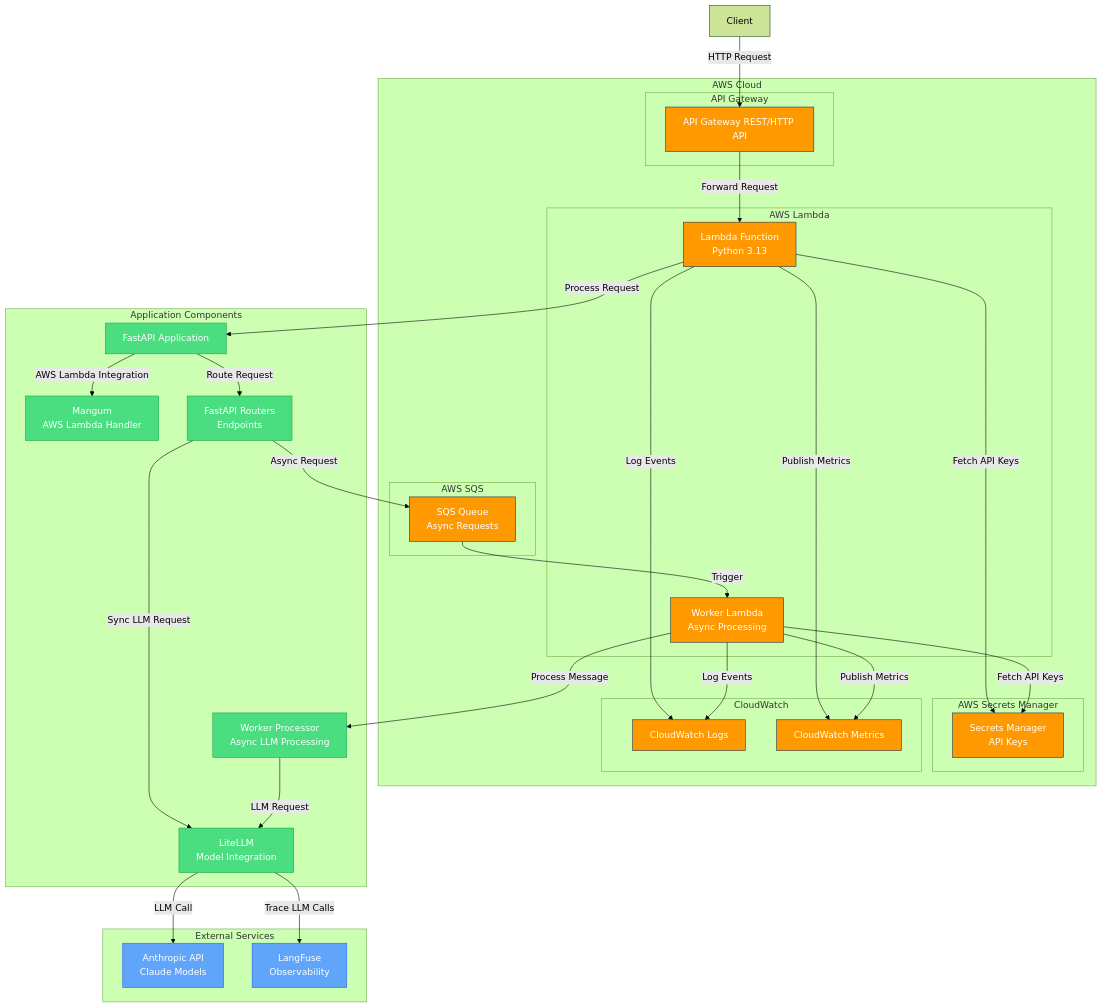
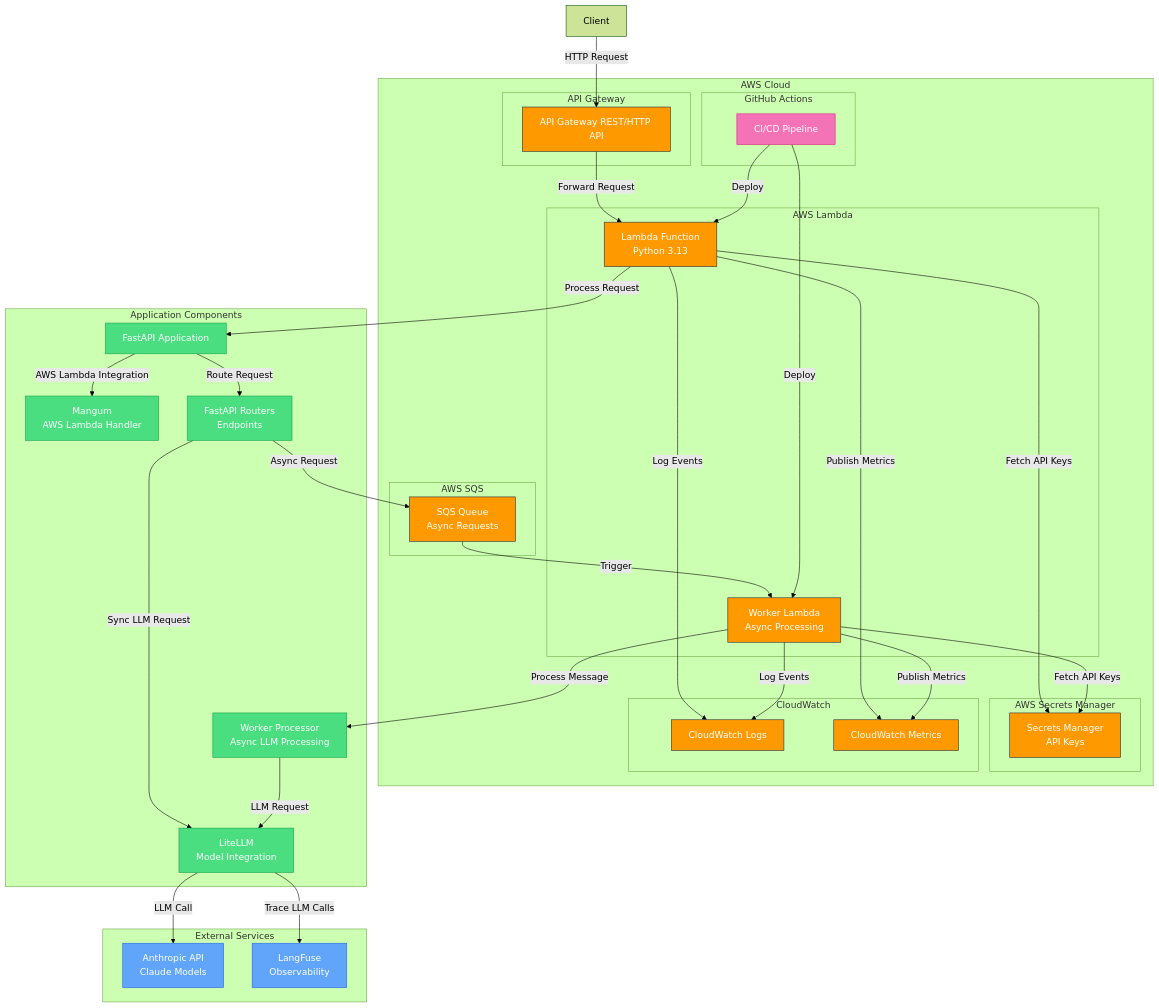
One commit to yorrickjansen/gen-ai-on-aws changed the diagram in README.md. Above: the diagram before and after it, drawn with Mermaid (forest theme).

````diff
--- a/README.md
+++ b/README.md
@@ -21,67 +21,75 @@
 ```mermaid
 graph TB
     subgraph "AWS Cloud"
         subgraph "API Gateway"
             api[API Gateway REST/HTTP API]
         end
         
         subgraph "AWS Lambda"
             lambda[Lambda Function<br>Python 3.13]
             worker[Worker Lambda<br>Async Processing]
         end
         
         subgraph "AWS Secrets Manager"
             secrets[Secrets Manager<br>API Keys]
         end
         
         subgraph "AWS SQS"
             sqs[SQS Queue<br>Async Requests]
         end
         
         subgraph "CloudWatch"
             logs[CloudWatch Logs]
             metrics[CloudWatch Metrics]
+        end
+        
+        subgraph "GitHub Actions"
+            cicd[CI/CD Pipeline]
         end
         
     end
     
     subgraph "External Services"
         anthropic[Anthropic API<br>Claude Models]
         langfuse[LangFuse<br>Observability]
     end
     
     subgraph "Application Components"
         app[FastAPI Application]
         litellm[LiteLLM<br>Model Integration]
         mangum[Mangum<br>AWS Lambda Handler]
         routers[FastAPI Routers<br>Endpoints]
         processor[Worker Processor<br>Async LLM Processing]
     end
     
     client[Client] -->|HTTP Request| api
     api -->|Forward Request| lambda
     lambda -->|Log Events| logs
     lambda -->|Process Request| app
     app -->|Route Request| routers
     routers -->|Sync LLM Request| litellm
     routers -->|Async Request| sqs
     sqs -->|Trigger| worker
     worker -->|Process Message| processor
     processor -->|LLM Request| litellm
     litellm -->|LLM Call| anthropic
     lambda -->|Fetch API Keys| secrets
     worker -->|Fetch API Keys| secrets
     litellm -->|Trace LLM Calls| langfuse
     app -->|AWS Lambda Integration| mangum
     lambda -->|Publish Metrics| metrics
     worker -->|Publish Metrics| metrics
     worker -->|Log Events| logs
+    cicd -->|Deploy| lambda
+    cicd -->|Deploy| worker
     
     classDef aws fill:#FF9900,stroke:#232F3E,color:white;
     classDef ext fill:#60A5FA,stroke:#2563EB,color:white;
     classDef app fill:#4ADE80,stroke:#16A34A,color:white;
+    classDef cicd fill:#F472B6,stroke:#DB2777,color:white;
     
     class api,lambda,worker,secrets,logs,metrics,sqs aws;
     class anthropic,langfuse ext;
     class app,litellm,mangum,routers,processor app;
+    class cicd cicd;
 ```
````
